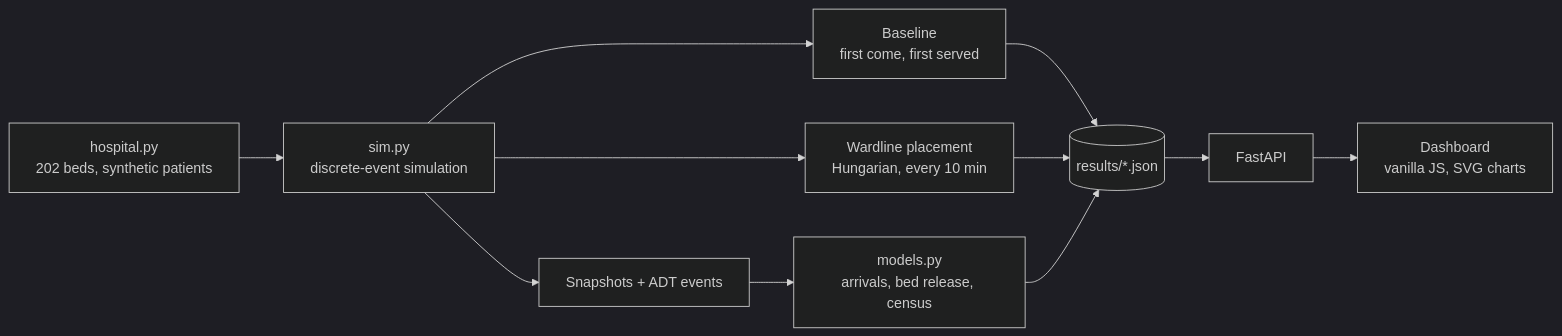
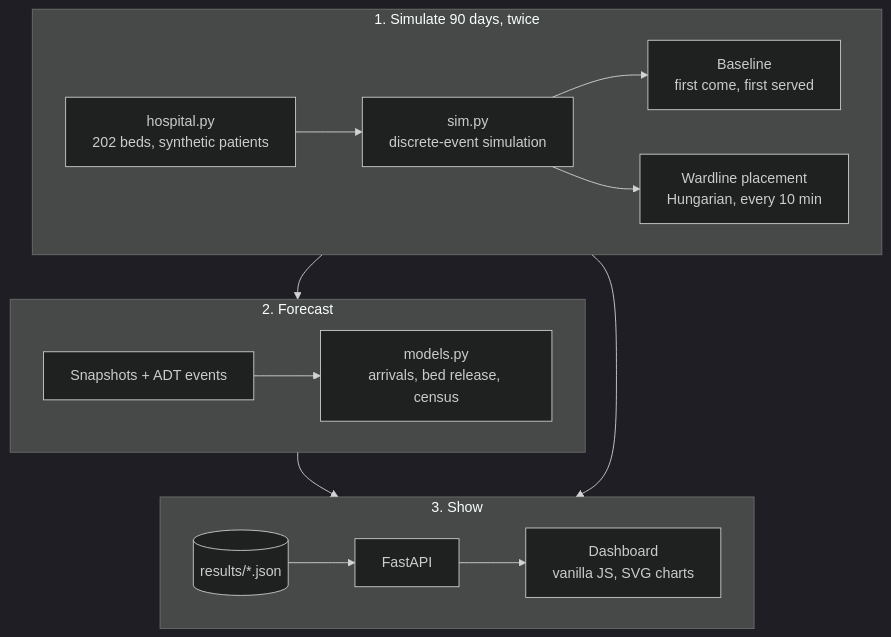
The diagram in README.md (danial-maqbool/wardline), drawn with Mermaid (dark theme) before and after one commit.

Commit message:
README: diagram in three rows so it reads at normal width

````diff
--- a/README.md
+++ b/README.md
@@ -22,12 +22,19 @@
 ```mermaid
-flowchart LR
-  H["hospital.py<br/>202 beds, synthetic patients"] --> S["sim.py<br/>discrete-event simulation"]
-  S --> B["Baseline<br/>first come, first served"]
-  S --> W["Wardline placement<br/>Hungarian, every 10 min"]
-  S --> E["Snapshots + ADT events"]
-  E --> M["models.py<br/>arrivals, bed release, census"]
-  B --> R[("results/*.json")]
-  W --> R
-  M --> R
-  R --> A["FastAPI"] --> D["Dashboard<br/>vanilla JS, SVG charts"]
+flowchart TB
+  subgraph sim["1. Simulate 90 days, twice"]
+    direction LR
+    H["hospital.py<br/>202 beds, synthetic patients"] --> S["sim.py<br/>discrete-event simulation"]
+    S --> B["Baseline<br/>first come, first served"]
+    S --> W["Wardline placement<br/>Hungarian, every 10 min"]
+  end
+  subgraph learn["2. Forecast"]
+    direction LR
+    E["Snapshots + ADT events"] --> M["models.py<br/>arrivals, bed release, census"]
+  end
+  subgraph show["3. Show"]
+    direction LR
+    R[("results/*.json")] --> A["FastAPI"] --> D["Dashboard<br/>vanilla JS, SVG charts"]
+  end
+  sim --> learn --> show
+  sim --> show
 ```
````
